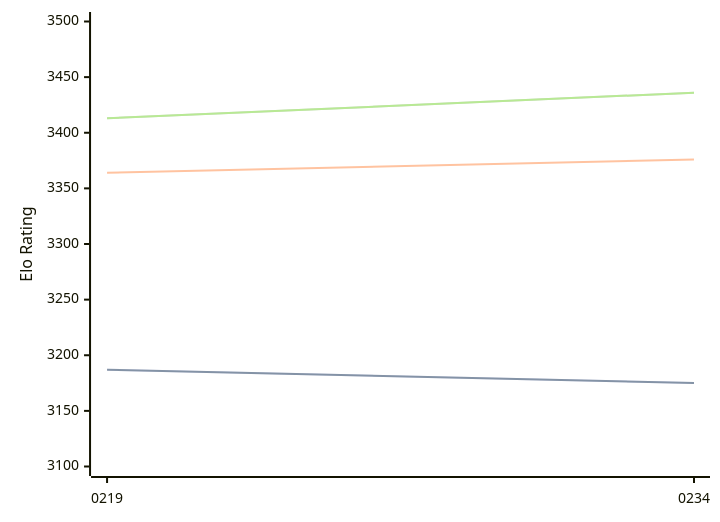
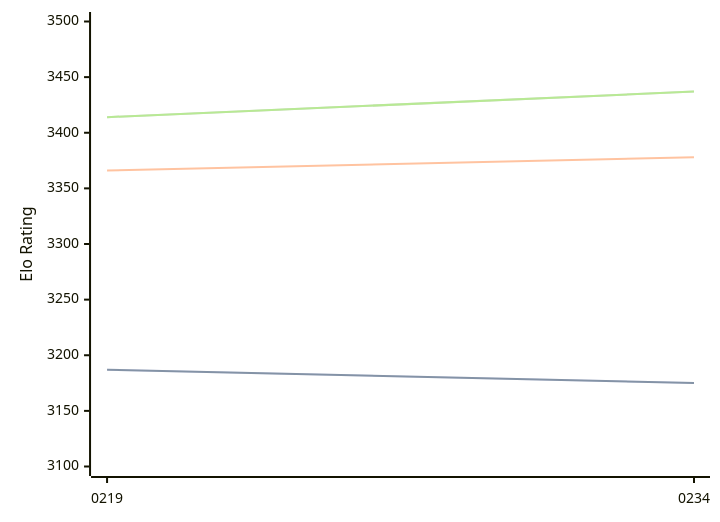
Before and after one commit to computer-chess-index/cci: the diagram in engines/Ynode.md, drawn with Mermaid. The commit also changed other lines of this file, not shown here.

Commit message:
Update CCI Ratings (ELO VLTC) - 2026-05-03

````diff
--- a/engines/Ynode.md
+++ b/engines/Ynode.md
@@ -39,11 +39,11 @@
 ```mermaid
 %%{init: {"theme":"base","themeVariables":{"seriesColors:['#a3a3a3','#222221','#faa371']}}}%%
 xychart-beta
   x-axis ["0219", "0234"]
   y-axis "Elo Rating" 3100 --> 3500
   line "STC (8.0+0.08s)" [3187, 3175]
   line "STC (8.0+0.08s)" [3187, 3175]
-  line "LTC (60.0+0.60s)" [3364, 3376]
-  line "VLTC (2m24s+1.12s)" [3413, 3436]
-  line "VLTC (2m24s+1.12s)" [3413, 3436]
+  line "LTC (60.0+0.60s)" [3366, 3378]
+  line "VLTC (2m24s+1.12s)" [3414, 3437]
+  line "VLTC (2m24s+1.12s)" [3414, 3437]
 ```
````
